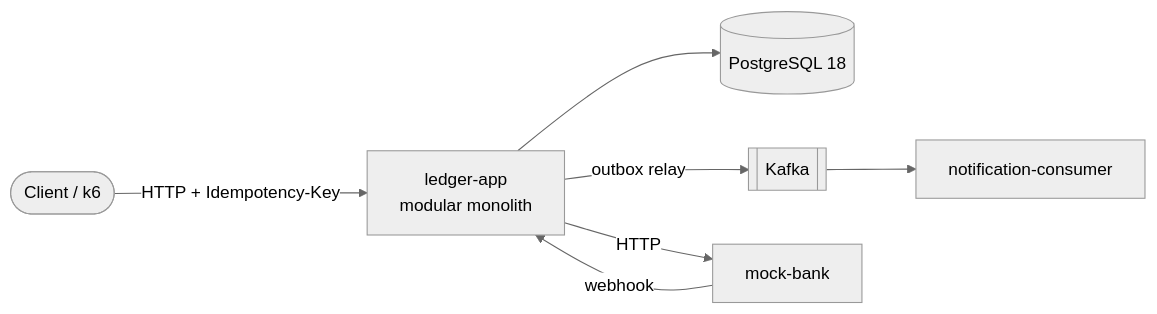
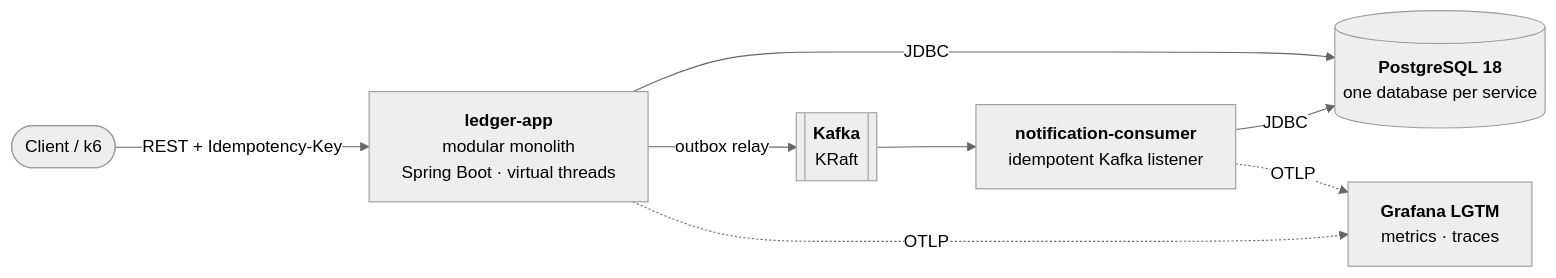
Before and after one commit to HoangThanhMan/ledgerly: the first of 3 diagrams in README.md, drawn with Mermaid (neutral theme). The commit also changed other lines of this file and 3 other files, not shown here.

First line of the commit message:
docs: rewrite the readme in english around what the project does, how to run it and its architecture (#112)

````diff
--- a/README.md
+++ b/README.md
@@ -24,9 +52,17 @@
 ```mermaid
 flowchart LR
-    client(["Client / k6"]) -->|"HTTP + Idempotency-Key"| app["ledger-app<br/>modular monolith"]
-    app --> pg[("PostgreSQL 18")]
-    app -->|outbox relay| kafka[["Kafka"]]
-    kafka --> consumer["notification-consumer"]
-    app -->|HTTP| bank["mock-bank"]
-    bank -->|webhook| app
+    client(["Client / k6"])
+    app["<b>ledger-app</b><br/>modular monolith<br/>Spring Boot · virtual threads"]
+    consumer["<b>notification-consumer</b><br/>idempotent Kafka listener"]
+    pg[("<b>PostgreSQL 18</b><br/>one database per service")]
+    kafka[["<b>Kafka</b><br/>KRaft"]]
+    lgtm["<b>Grafana LGTM</b><br/>metrics · traces"]
+
+    client -->|"REST + Idempotency-Key"| app
+    app -->|JDBC| pg
+    app -->|"outbox relay"| kafka
+    kafka --> consumer
+    consumer -->|JDBC| pg
+    app -. OTLP .-> lgtm
+    consumer -. OTLP .-> lgtm
 ```
````
